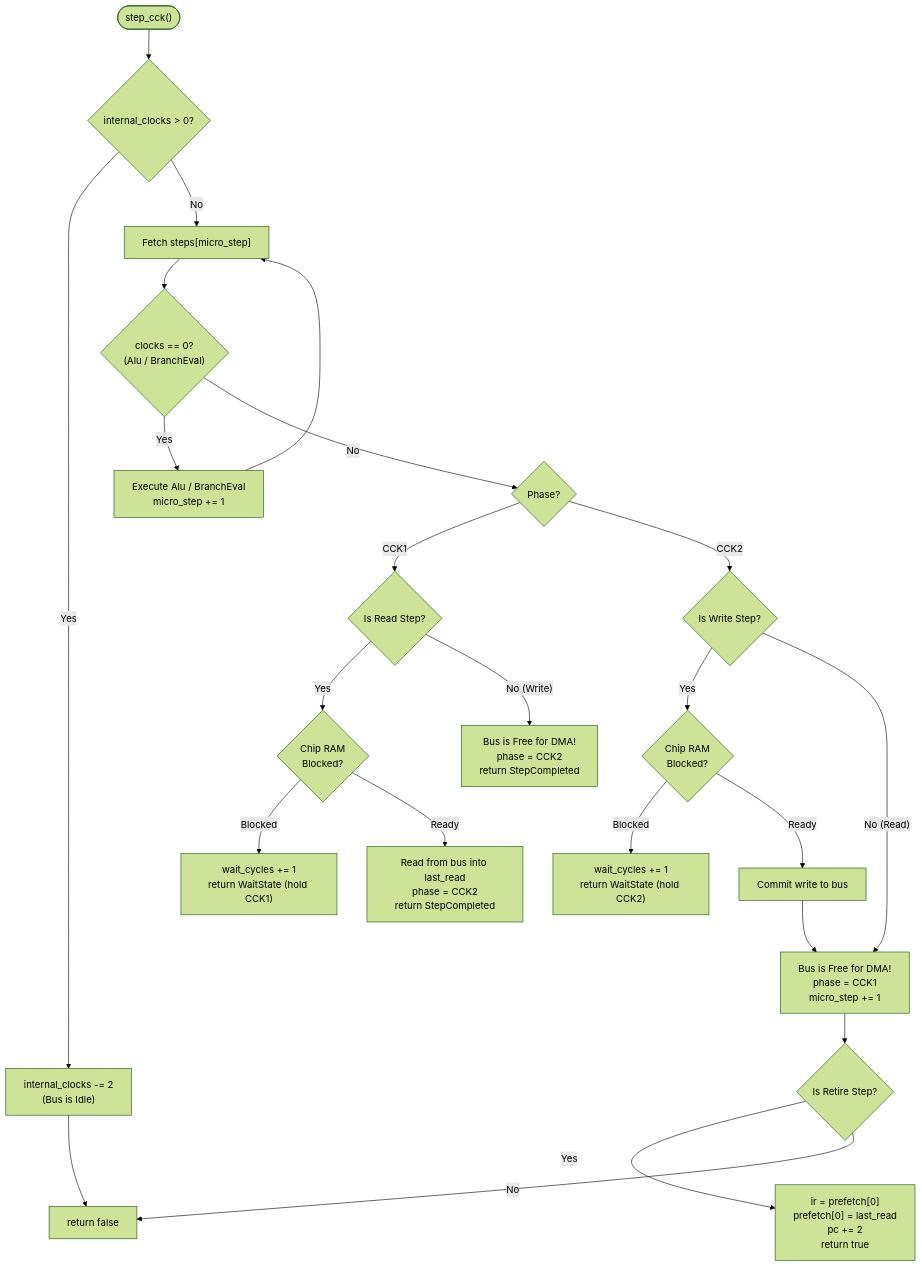
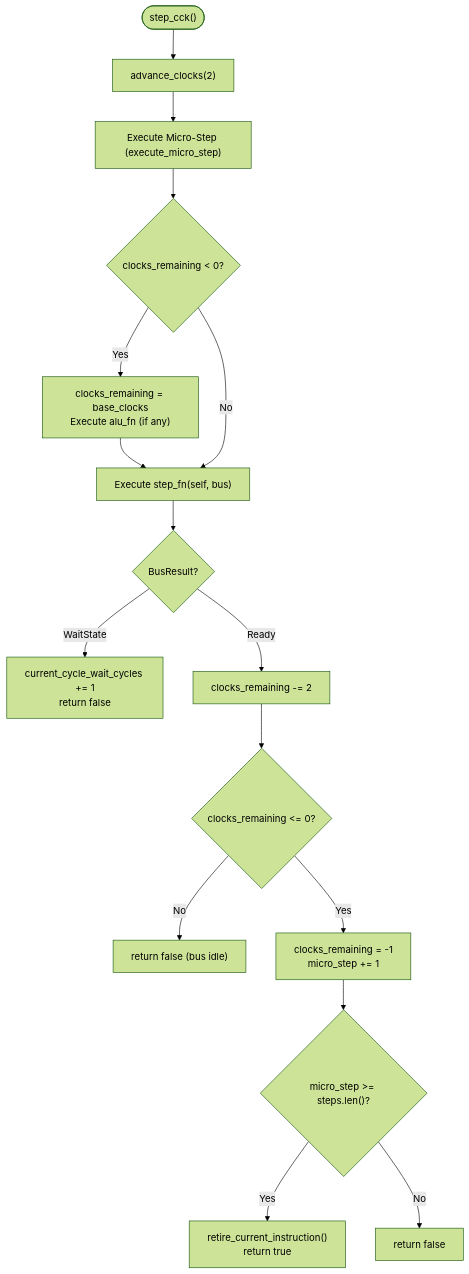
The fourth of 4 diagrams in Obsidian/Amiga/Design/CPU Micro-Step State Machine.md (tomek-anuszkiewicz/amiga-studio), drawn with Mermaid (forest theme) before and after one commit. The commit also changed other lines of this file and 6 other files, not shown here.

Commit message:
feat: implement cycle-exact M68000 micro-step execution engine with CCK1/CCK2 bus synchronization

````diff
--- a/Obsidian/Amiga/Design/CPU Micro-Step State Machine.md
+++ b/Obsidian/Amiga/Design/CPU Micro-Step State Machine.md
@@ -548,28 +538,21 @@
 ```mermaid
 flowchart TD
-    Start(["step_cck()"]) --> CheckInternal{"internal_clocks > 0?"}
+    Start(["step_cck()"]) --> Adv["advance_clocks(2)"]
+    Adv --> CheckSeq["Execute Micro-Step (execute_micro_step)"]
     
-    CheckInternal -- Yes --> DecClocks["internal_clocks -= 2<br/>(Bus is Idle)"] --> RetStep["return StepCompleted"]
-    CheckInternal -- No --> FetchStep["Fetch steps[micro_step]"]
+    CheckSeq --> InitCheck{"clocks_remaining < 0?"}
+    InitCheck -- Yes --> Init["clocks_remaining = base_clocks<br/>Execute alu_fn (if any)"] --> ExecStep
+    InitCheck -- No --> ExecStep["Execute step_fn(self, bus)"]
     
-    FetchStep --> IsZeroCycle{"clocks == 0?<br/>(Alu / BranchEval)"}
-    IsZeroCycle -- Yes --> ExecZero["Execute Alu / BranchEval<br/>micro_step += 1"] --> FetchStep
+    ExecStep --> BusRes{"BusResult?"}
+    BusRes -- WaitState --> Stall["current_cycle_wait_cycles += 1<br/>return false"]
+    BusRes -- Ready --> Dec["clocks_remaining -= 2"]
     
-    IsZeroCycle -- No --> PhaseCheck{"Phase?"}
+    Dec --> DoneCheck{"clocks_remaining <= 0?"}
+    DoneCheck -- No --> Hold["return false (bus idle)"]
+    DoneCheck -- Yes --> Next["clocks_remaining = -1<br/>micro_step += 1"]
     
-    PhaseCheck -- CCK1 --> ReadCheck{"Is Read Step?"}
-    ReadCheck -- Yes --> CheckContendR{"Chip RAM<br/>Blocked?"}
-    CheckContendR -- Blocked --> Wait1["wait_cycles += 1<br/>return WaitState (hold CCK1)"]
-    CheckContendR -- Ready --> LatchRead["Read from bus into last_read<br/>phase = CCK2<br/>return StepCompleted"]
-    ReadCheck -- No (Write) --> FreeWrite["Bus is Free for DMA!<br/>phase = CCK2<br/>return StepCompleted"]
-    
-    PhaseCheck -- CCK2 --> WriteCheck{"Is Write Step?"}
-    WriteCheck -- Yes --> CheckContendW{"Chip RAM<br/>Blocked?"}
-    CheckContendW -- Blocked --> Wait2["wait_cycles += 1<br/>return WaitState (hold CCK2)"]
-    CheckContendW -- Ready --> CommitWrite["Commit write to bus"] --> StepDone
-    WriteCheck -- No (Read) --> StepDone["Bus is Free for DMA!<br/>phase = CCK1<br/>micro_step += 1"]
-    
-    StepDone --> CheckRetire{"Is Retire Step?"}
-    CheckRetire -- Yes --> Retire["ir = prefetch[0]<br/>prefetch[0] = last_read<br/>pc += 2<br/>return true"]
-    CheckRetire -- No --> RetStep["return false"]
+    Next --> RetCheck{"micro_step >= steps.len()?"}
+    RetCheck -- Yes --> Retire["retire_current_instruction()<br/>return true"]
+    RetCheck -- No --> RetFalse["return false"]
 ```
````
